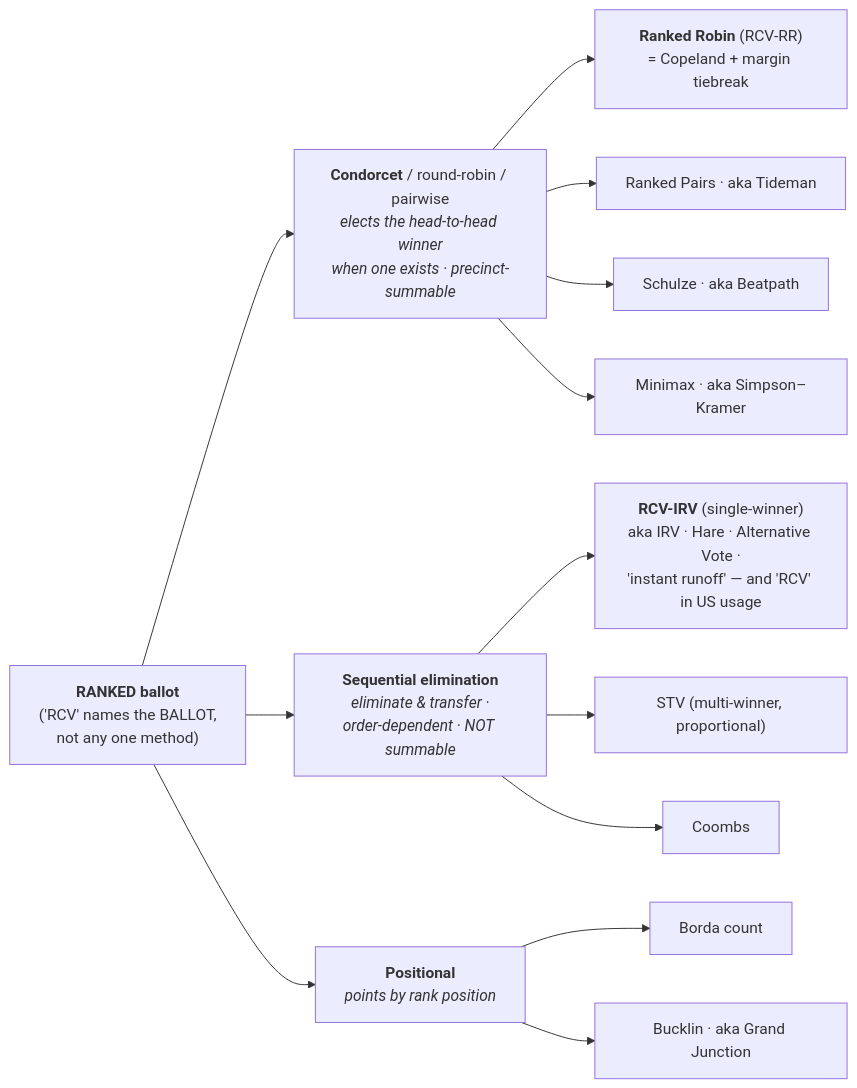
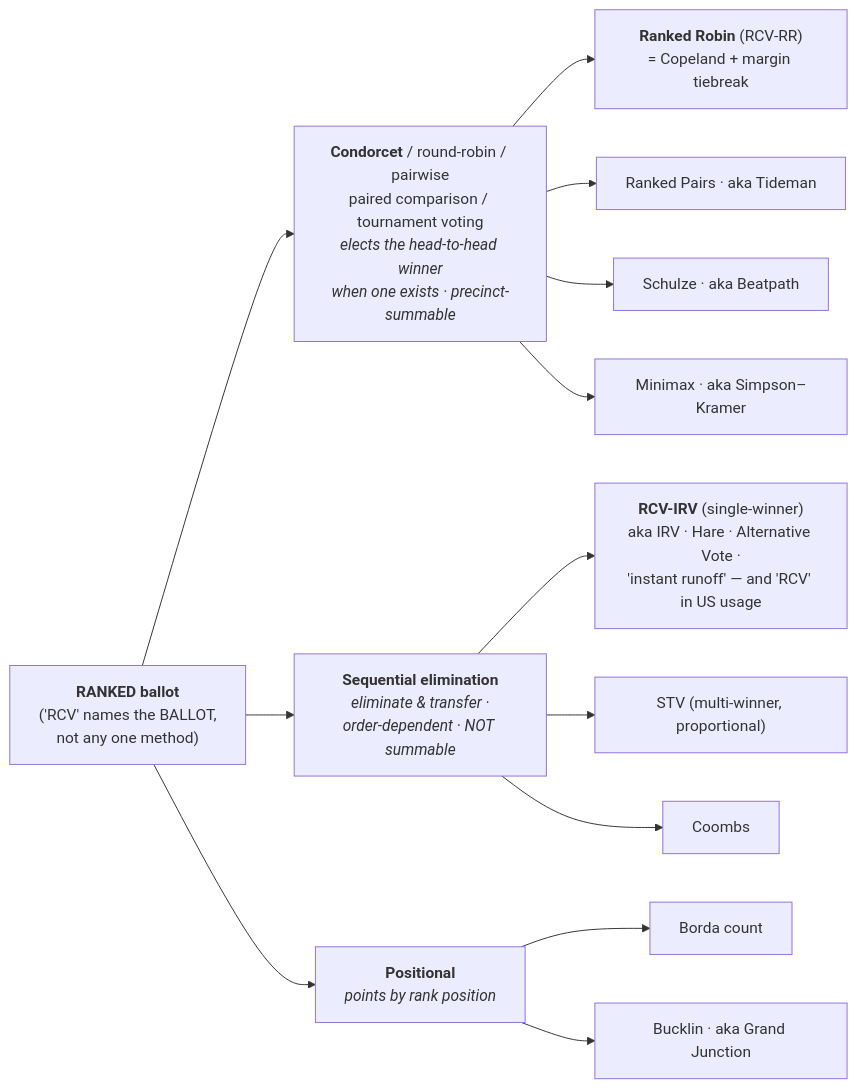
One commit to masiarek/star-voting-library changed the diagram in 07_Concepts/tips/TIPS_terminology.md. Above: the diagram before and after it, drawn with Mermaid. The commit also changed other lines of this file, not shown here.

````diff
--- a/07_Concepts/tips/TIPS_terminology.md
+++ b/07_Concepts/tips/TIPS_terminology.md
@@ -21,21 +21,21 @@
 ```mermaid
 flowchart LR
     %% LR, not TD: the 9 leaves stack vertically, keeping the diagram ~3 node-columns
     %% wide — a TD layout is ~2000px wide and gets shrunk to unreadable on the site.
     R["<b>RANKED ballot</b><br/>('RCV' names the BALLOT,<br/>not any one method)"]
-    R --> COND["<b>Condorcet</b> / round-robin / pairwise<br/><i>elects the head-to-head winner<br/>when one exists · precinct-summable</i>"]
+    R --> COND["<b>Condorcet</b> / round-robin / pairwise<br/>paired comparison / tournament voting<br/><i>elects the head-to-head winner<br/>when one exists · precinct-summable</i>"]
     R --> ELIM["<b>Sequential elimination</b><br/><i>eliminate &amp; transfer ·<br/>order-dependent · NOT summable</i>"]
     R --> POS["<b>Positional</b><br/><i>points by rank position</i>"]
 
     COND --> RR["<b>Ranked Robin</b> (RCV-RR)<br/>= Copeland + margin tiebreak"]
     COND --> RP["Ranked Pairs · aka Tideman"]
     COND --> SZ["Schulze · aka Beatpath"]
     COND --> MM["Minimax · aka Simpson–Kramer"]
 
     ELIM --> IRV["<b>RCV-IRV</b> (single-winner)<br/>aka IRV · Hare · Alternative Vote ·<br/>'instant runoff' — and 'RCV' in US usage"]
     ELIM --> STV["STV (multi-winner, proportional)"]
     ELIM --> CB["Coombs"]
 
     POS --> BO["Borda count"]
     POS --> BU["Bucklin · aka Grand Junction"]
 ```
````
